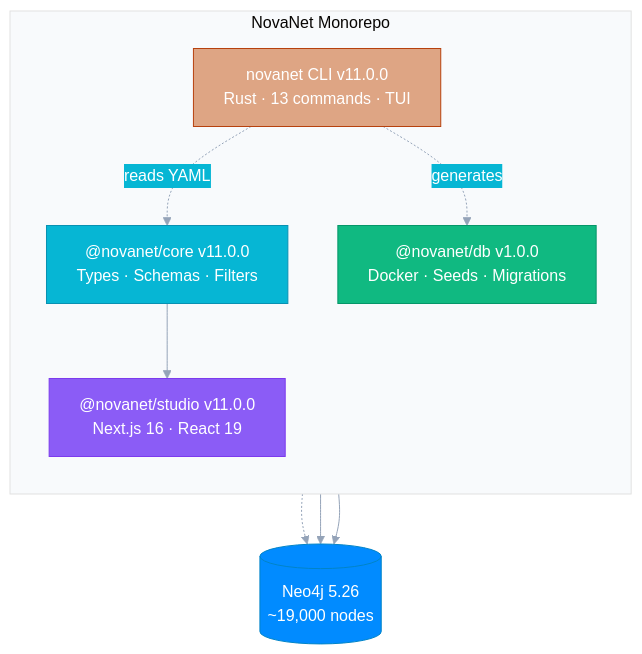
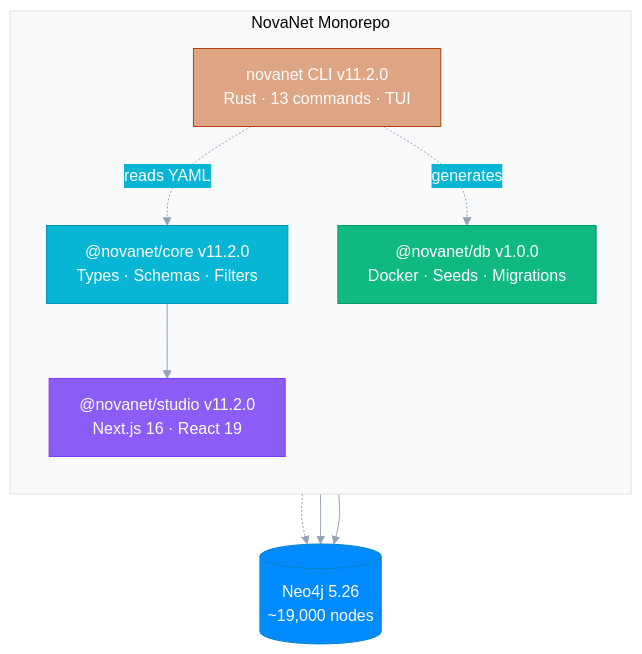
One commit to supernovae-st/novanet changed the diagram in README.md. Above: the diagram before and after it, drawn with Mermaid. The commit also changed other lines of this file and 19 other files, not shown here.

````diff
--- a/README.md
+++ b/README.md
@@ -45,33 +45,33 @@
 ```mermaid
 %%{init: {'theme': 'base', 'themeVariables': {
   'primaryColor': '#6366f1',
   'primaryTextColor': '#fff',
   'primaryBorderColor': '#4f46e5',
   'lineColor': '#94a3b8',
   'secondaryColor': '#06b6d4',
   'tertiaryColor': '#f8fafc'
 }}}%%
 flowchart TB
     subgraph MONO["NovaNet Monorepo"]
         direction TB
-        CORE["@novanet/core v11.0.0\nTypes · Schemas · Filters"]
+        CORE["@novanet/core v11.2.0\nTypes · Schemas · Filters"]
         DB["@novanet/db v1.0.0\nDocker · Seeds · Migrations"]
-        STUDIO["@novanet/studio v11.0.0\nNext.js 16 · React 19"]
-        RUST["novanet CLI v11.0.0\nRust · 13 commands · TUI"]
+        STUDIO["@novanet/studio v11.2.0\nNext.js 16 · React 19"]
+        RUST["novanet CLI v11.2.0\nRust · 13 commands · TUI"]
     end
 
     CORE --> STUDIO
     RUST -.->|reads YAML| CORE
     RUST -.->|generates| DB
 
     NEO4J[("Neo4j 5.26\n~19,000 nodes")]
     DB -.-> NEO4J
     STUDIO --> NEO4J
     RUST --> NEO4J
 
     style CORE fill:#06b6d4,stroke:#0891b2,color:#fff
     style DB fill:#10b981,stroke:#059669,color:#fff
     style STUDIO fill:#8b5cf6,stroke:#7c3aed,color:#fff
     style RUST fill:#DEA584,stroke:#B7410E,color:#fff
     style NEO4J fill:#018bff,stroke:#0284c7,color:#fff
 ```
````
